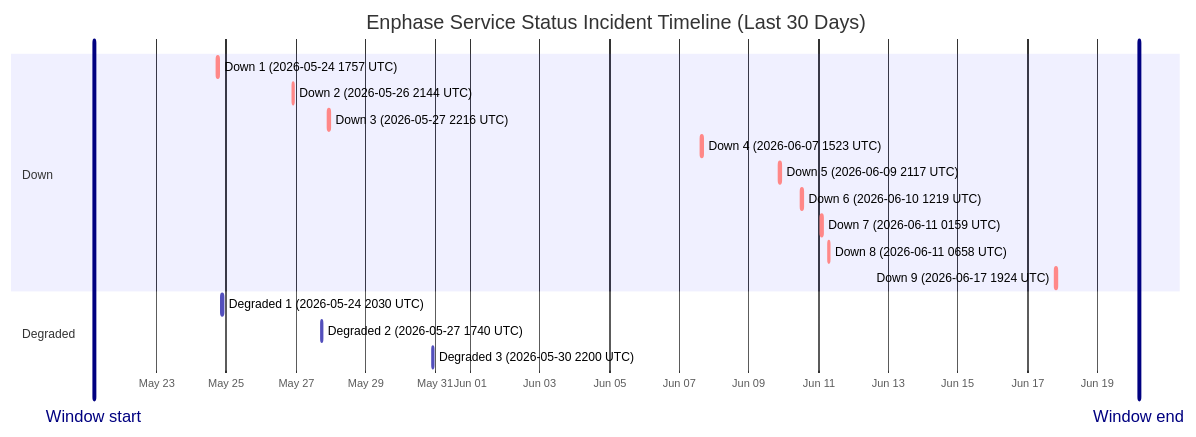
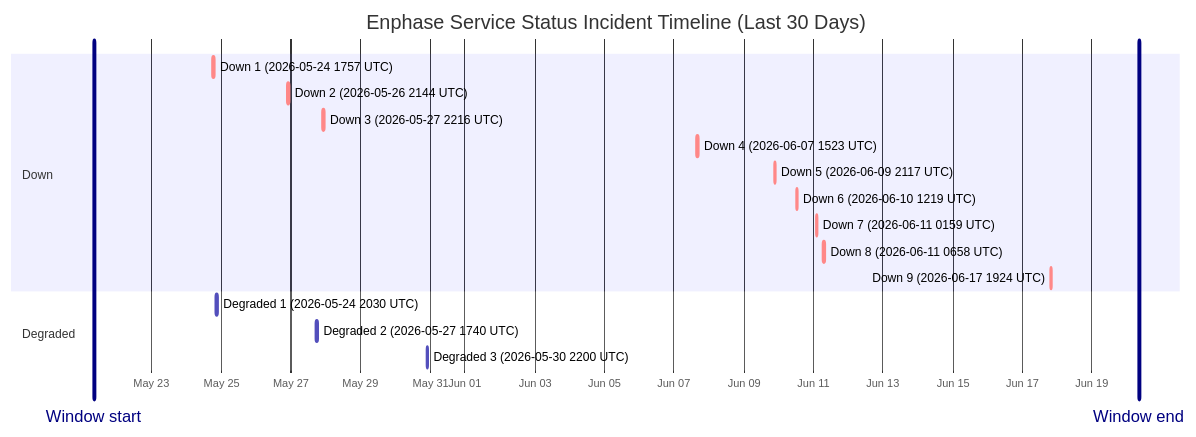
One commit to barneyonline/ha-enphase-energy changed the diagram in wiki/Service-Status-History.md. Above: the diagram before and after it, drawn with Mermaid. The commit also changed other lines of this file and 3 other files, not shown here.

````diff
--- a/wiki/Service-Status-History.md
+++ b/wiki/Service-Status-History.md
@@ -14,22 +14,22 @@
 ```mermaid
 gantt
     title Enphase Service Status Incident Timeline (Last 30 Days)
     dateFormat  YYYY-MM-DDTHH:mm:ss
     axisFormat  %b %d
-    Window start :vert, window-start, 2026-05-21T04:50:29, 0ms
-    Window end :vert, window-end, 2026-06-20T04:50:29, 0ms
+    Window start :vert, window-start, 2026-05-21T08:20:07, 0ms
+    Window end :vert, window-end, 2026-06-20T08:20:07, 0ms
     section Down
     Down 1 (2026-05-24 1757 UTC) :crit, down-1, 2026-05-24T17:57:41, 86m
     Down 2 (2026-05-26 2144 UTC) :crit, down-2, 2026-05-26T21:44:11, 85m
     Down 3 (2026-05-27 2216 UTC) :crit, down-3, 2026-05-27T22:16:53, 87m
     Down 4 (2026-06-07 1523 UTC) :crit, down-4, 2026-06-07T15:23:22, 87m
     Down 5 (2026-06-09 2117 UTC) :crit, down-5, 2026-06-09T21:17:17, 60m
     Down 6 (2026-06-10 1219 UTC) :crit, down-6, 2026-06-10T12:19:21, 60m
     Down 7 (2026-06-11 0159 UTC) :crit, down-7, 2026-06-11T01:59:36, 60m
     Down 8 (2026-06-11 0658 UTC) :crit, down-8, 2026-06-11T06:58:45, 60m
     Down 9 (2026-06-17 1924 UTC) :crit, down-9, 2026-06-17T19:24:51, 60m
     section Degraded
     Degraded 1 (2026-05-24 2030 UTC) :active, degraded-1, 2026-05-24T20:30:57, 84m
     Degraded 2 (2026-05-27 1740 UTC) :active, degraded-2, 2026-05-27T17:40:52, 60m
     Degraded 3 (2026-05-30 2200 UTC) :active, degraded-3, 2026-05-30T22:00:37, 60m
 ```
````
